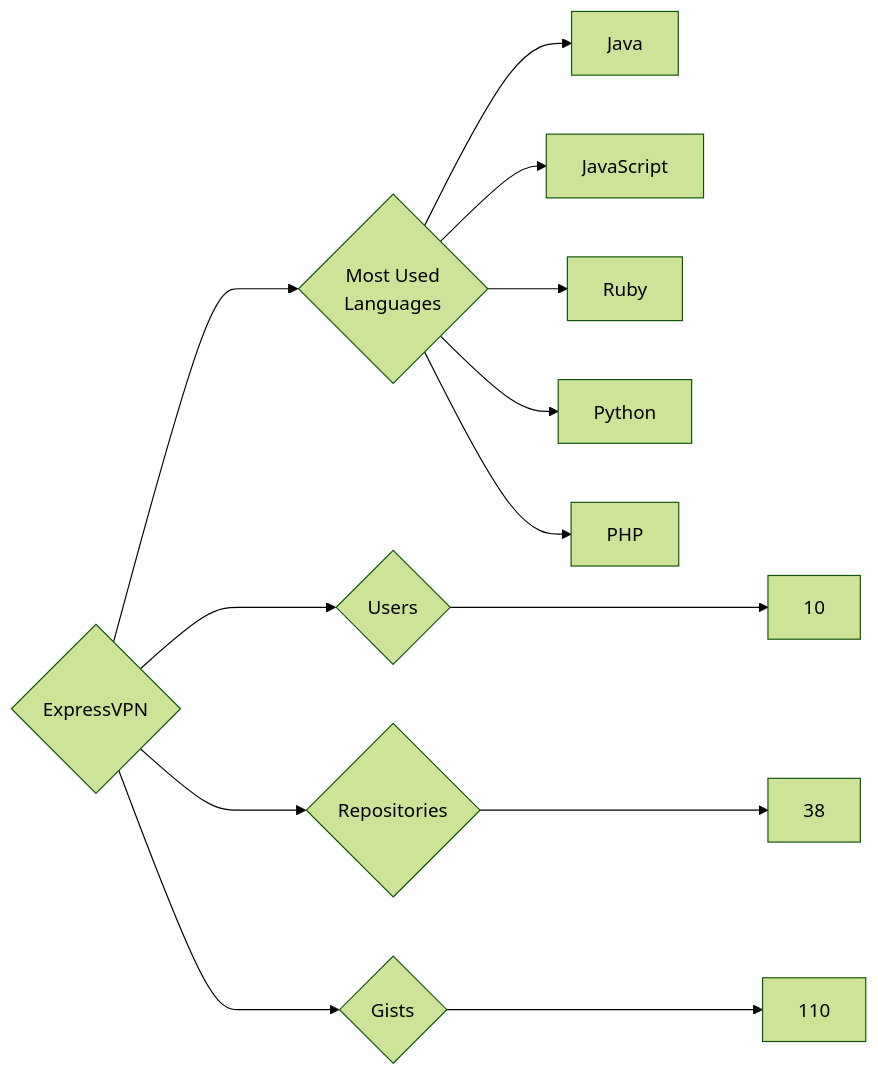
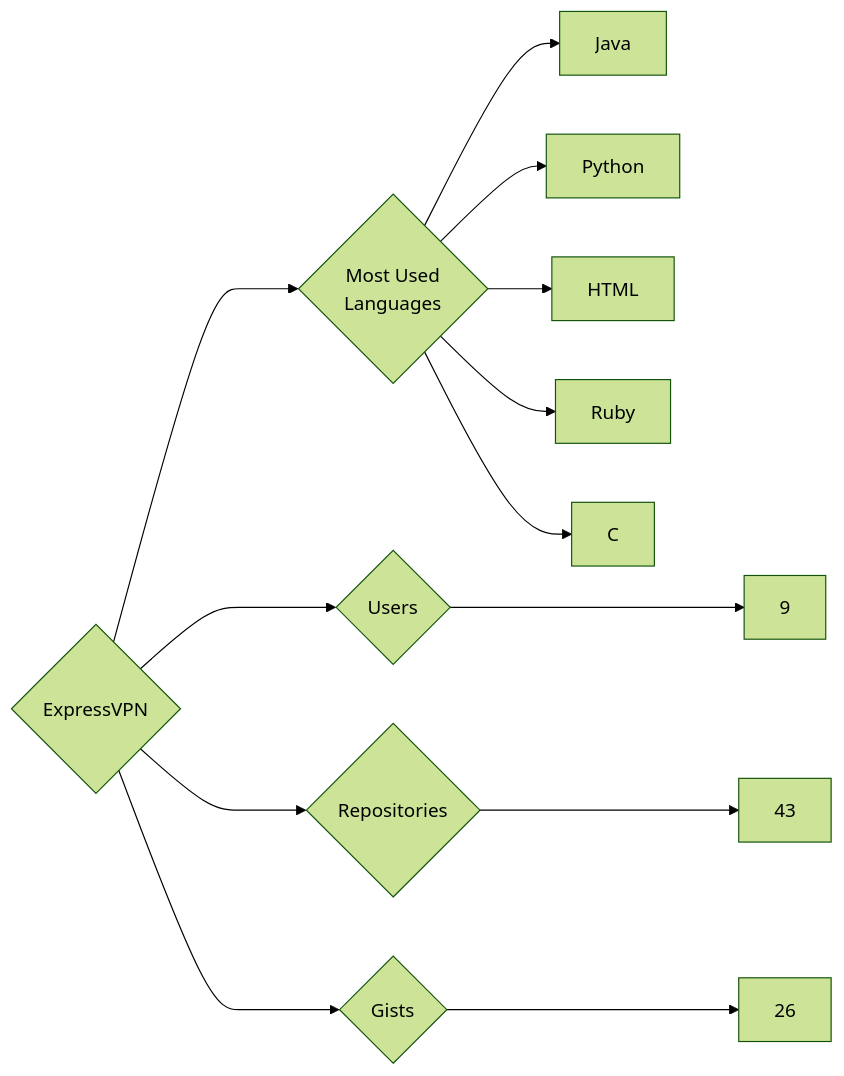
One commit to trickest/insiders changed the diagram in targets/ExpressVPN/README.md. Above: the diagram before and after it, drawn with Mermaid (forest theme). The commit also changed 965 other files, not shown here.

````diff
--- a/targets/ExpressVPN/README.md
+++ b/targets/ExpressVPN/README.md
@@ -3,13 +3,13 @@
 ```mermaid
 graph LR
 COMPANY_NAME{ExpressVPN}
-COMPANY_NAME ---> U{Users} ---> UN[10]
-COMPANY_NAME ---> R{Repositories} ---> RN[38]
-COMPANY_NAME ---> G{Gists} ---> GN[110]
+COMPANY_NAME ---> U{Users} ---> UN[9]
+COMPANY_NAME ---> R{Repositories} ---> RN[43]
+COMPANY_NAME ---> G{Gists} ---> GN[26]
 COMPANY_NAME ---> ML{Most Used<br>Languages}
 ML --> Java[Java]
-ML --> JavaScript[JavaScript]
+ML --> Python[Python]
+ML --> HTML[HTML]
 ML --> Ruby[Ruby]
-ML --> Python[Python]
-ML --> PHP[PHP]
+ML --> C[C]
 ```
````
